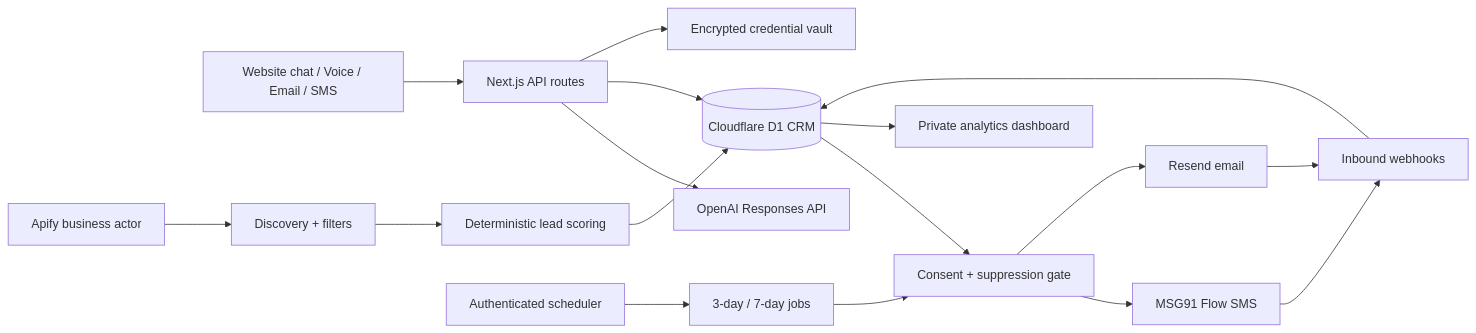
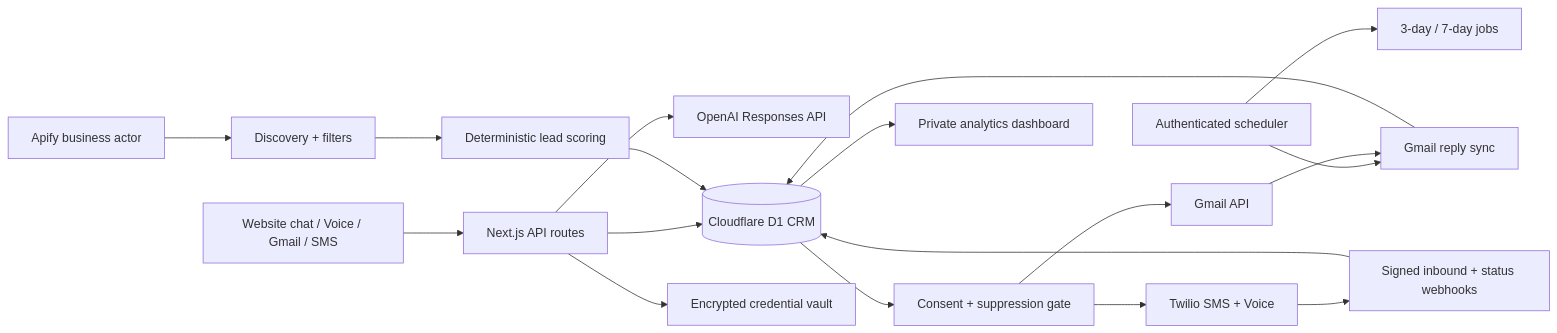
The diagram in docs/architecture.md (sarikarastogi58-spec/clearflow-aiautomation), drawn with Mermaid before and after one commit. The commit also changed other lines of this file and 20 other files, not shown here.

Commit message:
Use Gmail and Twilio for outreach

````diff
--- a/docs/architecture.md
+++ b/docs/architecture.md
@@ -7,19 +7,20 @@
 ```mermaid
 flowchart LR
-  C[Website chat / Voice / Email / SMS] --> API[Next.js API routes]
+  C[Website chat / Voice / Gmail / SMS] --> API[Next.js API routes]
   API --> AI[OpenAI Responses API]
   API --> DB[(Cloudflare D1 CRM)]
   API --> VAULT[Encrypted credential vault]
   APIFY[Apify business actor] --> DISC[Discovery + filters]
   DISC --> SCORE[Deterministic lead scoring]
   SCORE --> DB
   DB --> ELIG[Consent + suppression gate]
-  ELIG --> MSG91[MSG91 Flow SMS]
-  ELIG --> RESEND[Resend email]
+  ELIG --> GMAIL[Gmail API]
+  ELIG --> TWILIO[Twilio SMS + Voice]
   CRON[Authenticated scheduler] --> FOLLOW[3-day / 7-day jobs]
-  FOLLOW --> ELIG
-  MSG91 --> IN[Inbound webhooks]
-  RESEND --> IN
-  IN --> DB
+  CRON --> SYNC[Gmail reply sync]
+  GMAIL --> SYNC
+  TWILIO --> WEBHOOK[Signed inbound + status webhooks]
+  SYNC --> DB
+  WEBHOOK --> DB
   DB --> DASH[Private analytics dashboard]
 ```
````
